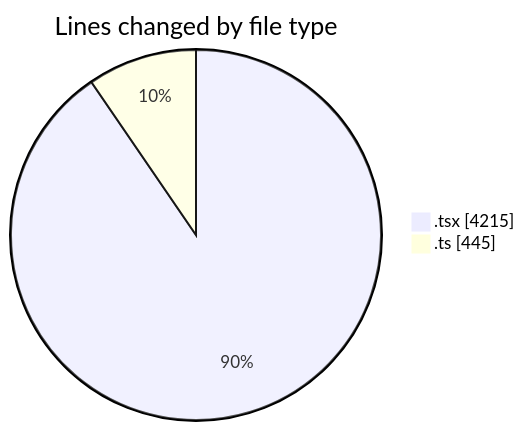
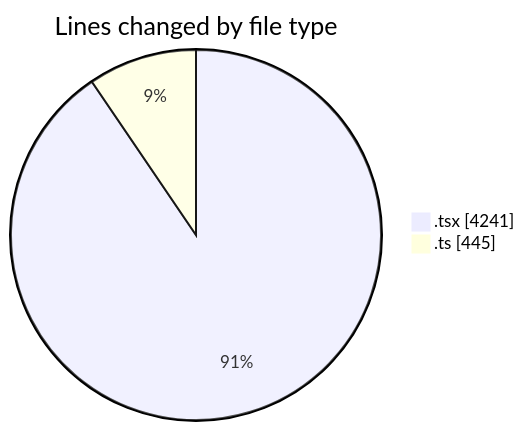
The first of 2 diagrams in 2025-09-24/cda/README.md (momahboobian/code-tracking), drawn with Mermaid before and after one commit. The commit also changed other lines of this file and 1 other file, not shown here.

````diff
--- a/2025-09-24/cda/README.md
+++ b/2025-09-24/cda/README.md
@@ -34,6 +34,6 @@
 ```mermaid
 pie showData
 title Lines changed by file type
-".tsx" : 4215
+".tsx" : 4241
 ".ts" : 445
 ```
````
